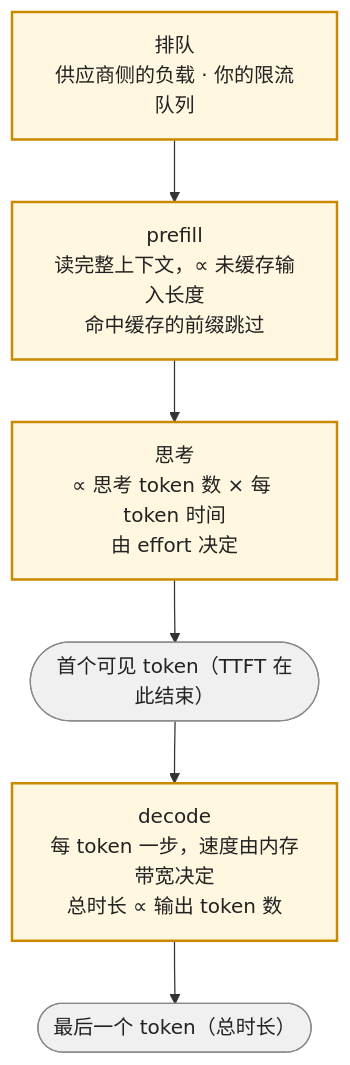
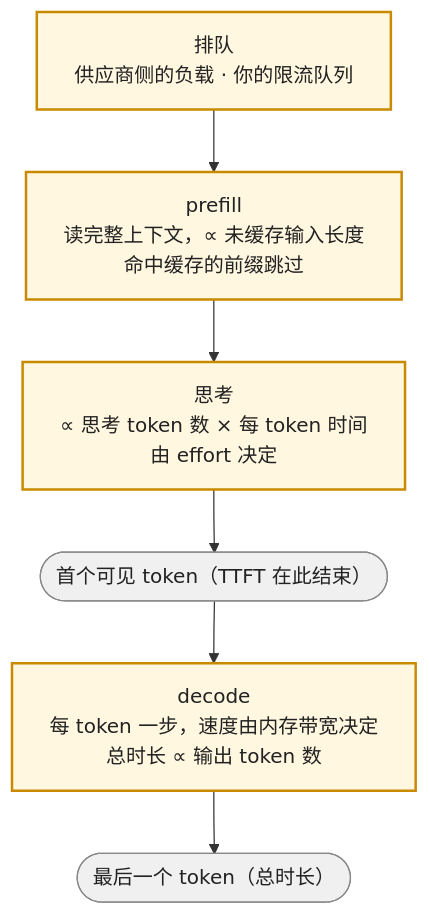
The diagram in _posts/2026-10-02-token-cost-and-latency-ledger-for-llm-applications.md (arganzheng/arganzheng.github.com), drawn with Mermaid before and after one commit. The commit also changed 6 other files, not shown here.

Commit message:
模型作为组件 07 总结自测；应用地图加「已有的文章与系列」、全栈地图进度、备忘录 V2.36、AGENTS 应用系列规范；两张图调整

````diff
--- a/_posts/2026-10-02-token-cost-and-latency-ledger-for-llm-applications.md
+++ b/_posts/2026-10-02-token-cost-and-latency-ledger-for-llm-applications.md
@@ -176,13 +176,14 @@
 ```mermaid
+%%{init: {"flowchart": {"wrappingWidth": 420}}}%%
 flowchart TB
     Q["排队<br/>供应商侧的负载 · 你的限流队列"] --> P["prefill<br/>读完整上下文，∝ 未缓存输入长度<br/>命中缓存的前缀跳过"]
     P --> T["思考<br/>∝ 思考 token 数 × 每 token 时间<br/>由 effort 决定"]
     T --> F(["首个可见 token（TTFT 在此结束）"])
     F --> D["decode<br/>每 token 一步，速度由内存带宽决定<br/>总时长 ∝ 输出 token 数"]
     D --> E(["最后一个 token（总时长）"])
 
     classDef seg fill:#fff7e0,stroke:#c98a00,stroke-width:2px,color:#222
     classDef mark fill:#f0f0f0,stroke:#888,color:#222
     class Q,P,T,D seg
     class F,E mark
 ```
````
